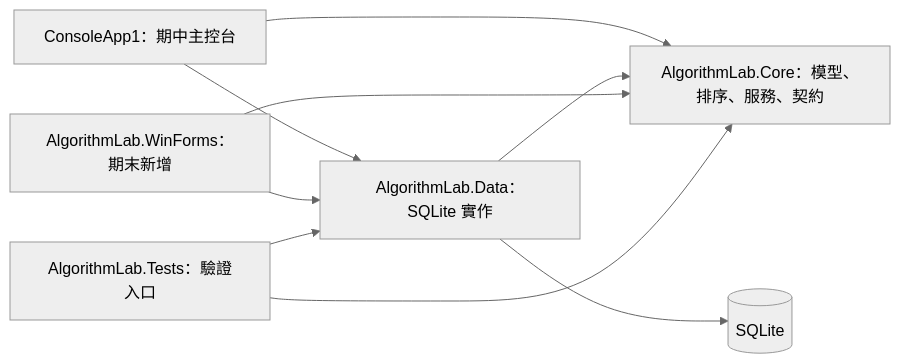
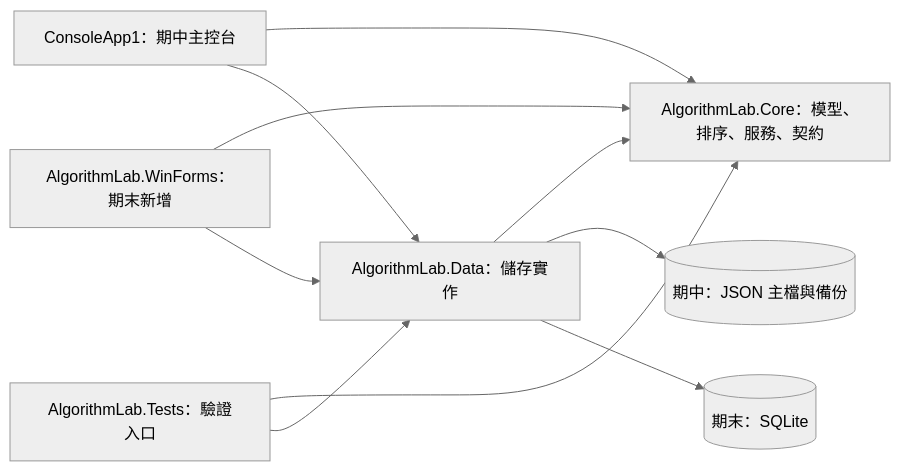
The first of 2 diagrams in 開發計畫書.md (zhouda-apk/algorithm), drawn with Mermaid (neutral theme) before and after one commit. The commit also changed other lines of this file and 116 other files, not shown here.

````diff
--- a/開發計畫書.md
+++ b/開發計畫書.md
@@ -104,11 +108,12 @@
 ```mermaid
 flowchart LR
     Console[ConsoleApp1：期中主控台] --> Core[AlgorithmLab.Core：模型、排序、服務、契約]
-    Console --> Data[AlgorithmLab.Data：SQLite 實作]
+    Console --> Data[AlgorithmLab.Data：儲存實作]
     Data --> Core
     Forms[AlgorithmLab.WinForms：期末新增] --> Core
     Forms --> Data
     Tests[AlgorithmLab.Tests：驗證入口] --> Core
     Tests --> Data
-    Data --> DB[(SQLite)]
+    Data --> Json[(期中：JSON 主檔與備份)]
+    Data --> DB[(期末：SQLite)]
 ```
````
